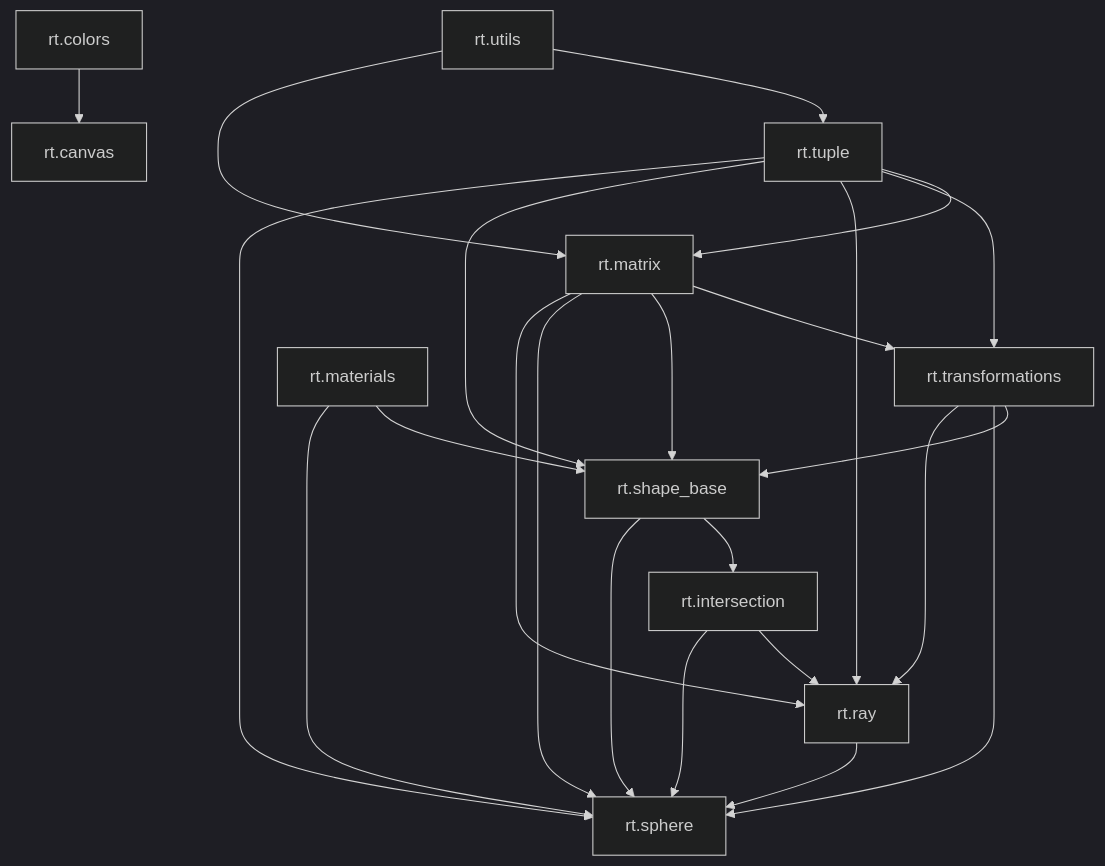
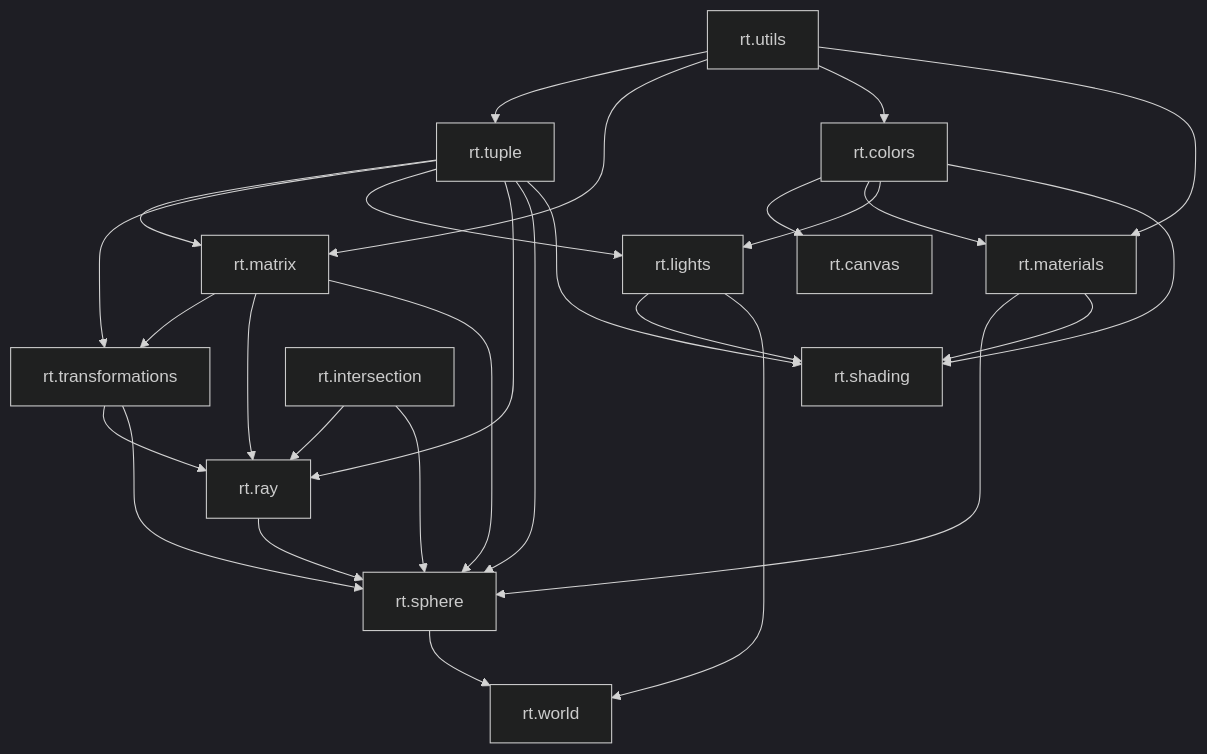
Before and after one commit to alessandrogpz/ray-tracer: the diagram in documentation/references/C++Architecture.md, drawn with Mermaid (dark theme). The commit also changed other lines of this file and 18 other files, not shown here.

First line of the commit message:
refactor: port shape architecture to 100% pure data-oriented design

````diff
--- a/documentation/references/C++Architecture.md
+++ b/documentation/references/C++Architecture.md
@@ -31,33 +31,38 @@
 ```mermaid
 graph TD
     Utils[rt.utils] --> Tuple[rt.tuple]
     Utils --> Matrix[rt.matrix]
+    Utils --> Colors[rt.colors]
+    Utils --> Materials[rt.materials]
+    
+    Colors --> Canvas[rt.canvas]
+    Colors --> Materials
+    Colors --> Lights[rt.lights]
+    Colors --> Shading[rt.shading]
     
     Tuple --> Matrix
     Tuple --> Transformations[rt.transformations]
+    Tuple --> Lights
     Tuple --> Ray[rt.ray]
-    Tuple --> ShapeBase[rt.shape_base]
     Tuple --> Sphere[rt.sphere]
+    Tuple --> Shading
     
     Matrix --> Transformations
-    Matrix --> ShapeBase
+    Matrix --> Ray
     Matrix --> Sphere
-    Matrix --> Ray
     
-    Transformations --> ShapeBase
+    Transformations --> Ray
     Transformations --> Sphere
-    Transformations --> Ray
     
-    Materials[rt.materials] --> ShapeBase
-    Materials --> Sphere
-    
-    Colors[rt.colors] --> Canvas[rt.canvas]
-    
-    ShapeBase --> Intersection[rt.intersection]
-    ShapeBase --> Sphere
-    
-    Intersection --> Ray
+    Intersection[rt.intersection] --> Ray
     Intersection --> Sphere
     
+    Materials --> Sphere
+    Materials --> Shading
+    
+    Lights --> Shading
+    Lights --> World[rt.world]
+    
     Ray --> Sphere
+    Sphere --> World
 ```
````
